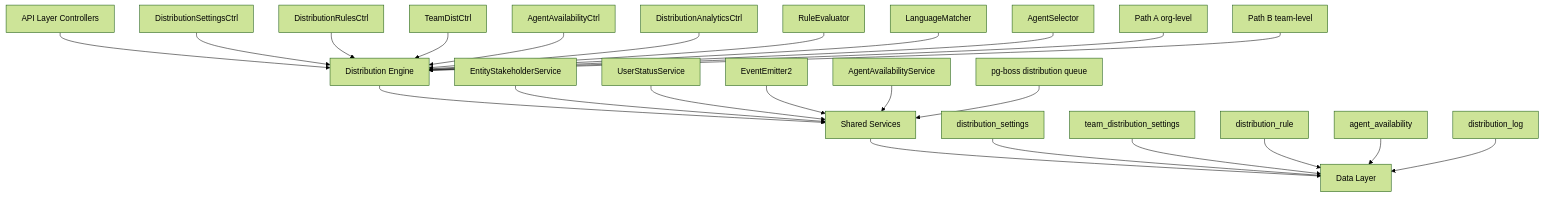
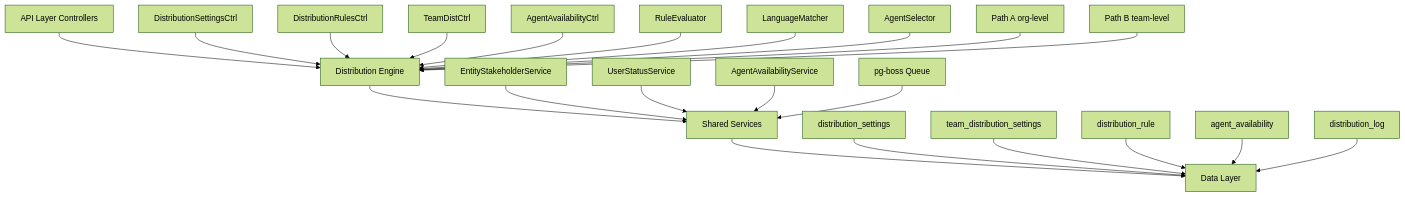
Before and after one commit to tech-propwise-org/docs: the diagram in backend/crm/distribution-module-specification.mdx, drawn with Mermaid (forest theme). The commit also changed other lines of this file and 29 other files, not shown here.

````diff
--- a/backend/crm/distribution-module-specification.mdx
+++ b/backend/crm/distribution-module-specification.mdx
@@ -48,30 +47,28 @@
 ```mermaid
 graph TB
     A[API Layer Controllers] --> B[Distribution Engine]
     B --> C[Shared Services]
     C --> D[Data Layer]
     
     A1[DistributionSettingsCtrl] --> B
     A2[DistributionRulesCtrl] --> B
     A3[TeamDistCtrl] --> B
     A4[AgentAvailabilityCtrl] --> B
-    A5[DistributionAnalyticsCtrl] --> B
     
     B1[RuleEvaluator] --> B
     B2[LanguageMatcher] --> B
     B3[AgentSelector] --> B
     B4[Path A org-level] --> B
     B5[Path B team-level] --> B
     
     C1[EntityStakeholderService] --> C
     C2[UserStatusService] --> C
-    C3[EventEmitter2] --> C
-    C4[AgentAvailabilityService] --> C
-    C5[pg-boss distribution queue] --> C
+    C3[AgentAvailabilityService] --> C
+    C4[pg-boss Queue] --> C
     
     D1[distribution_settings] --> D
     D2[team_distribution_settings] --> D
     D3[distribution_rule] --> D
     D4[agent_availability] --> D
     D5[distribution_log] --> D
 ```
````
